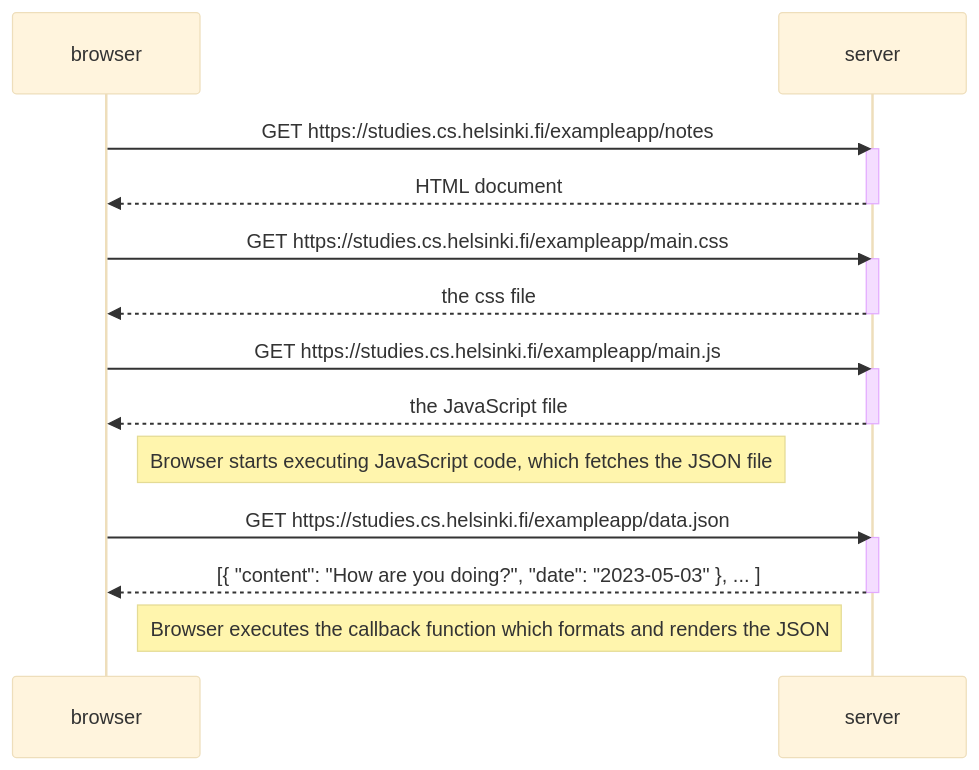
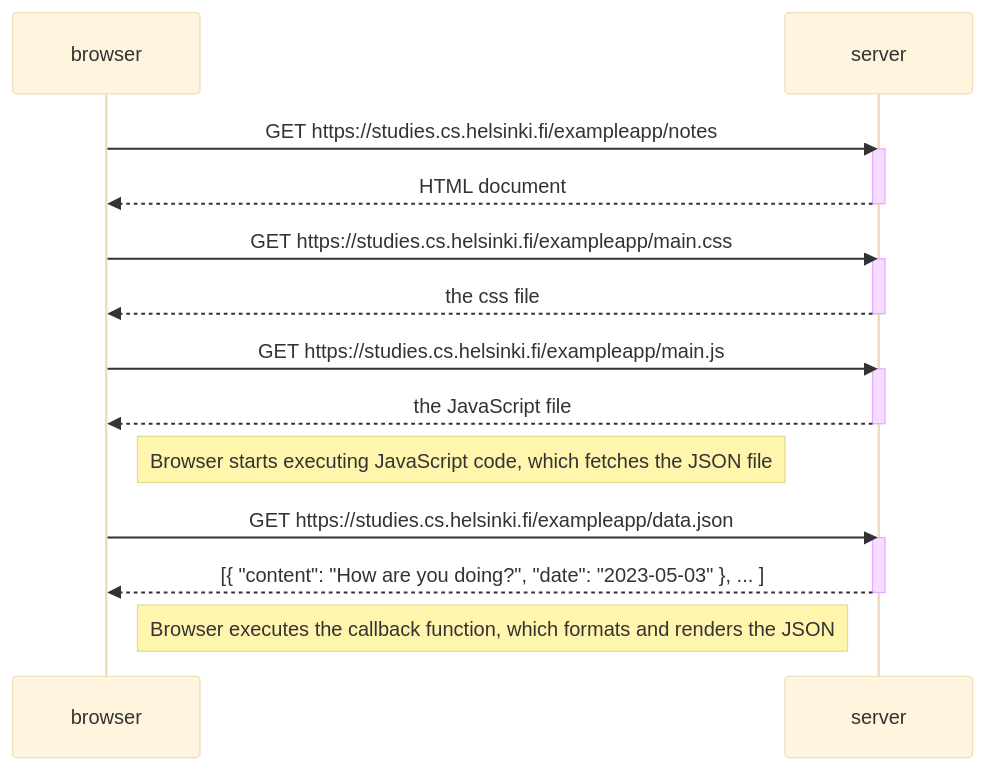
The diagram in part0/exercise_0_5.md (emmanuelmoon/fullstackopen_exercises), drawn with Mermaid (base theme) before and after one commit. The commit also changed other lines of this file and 2 other files, not shown here.

````diff
--- a/part0/exercise_0_5.md
+++ b/part0/exercise_0_5.md
@@ -32,31 +33,31 @@
 ```mermaid
 sequenceDiagram
     participant browser
     participant server
 
     browser->>server: GET https://studies.cs.helsinki.fi/exampleapp/notes
     activate server
     server-->>browser: HTML document
     deactivate server
 
     browser->>server: GET https://studies.cs.helsinki.fi/exampleapp/main.css
     activate server
     server-->>browser: the css file
     deactivate server
 
     browser->>server: GET https://studies.cs.helsinki.fi/exampleapp/main.js
     activate server
     server-->>browser: the JavaScript file
     deactivate server
 
     Note right of browser: Browser starts executing JavaScript code, which fetches the JSON file
 
     browser->>server: GET https://studies.cs.helsinki.fi/exampleapp/data.json
     activate server
     server-->>browser: [{ "content": "How are you doing?", "date": "2023-05-03" }, ... ]
     deactivate server
 
-    Note right of browser: Browser executes the callback function which formats and renders the JSON
+    Note right of browser: Browser executes the callback function, which formats and renders the JSON
 
 
 ```
````
